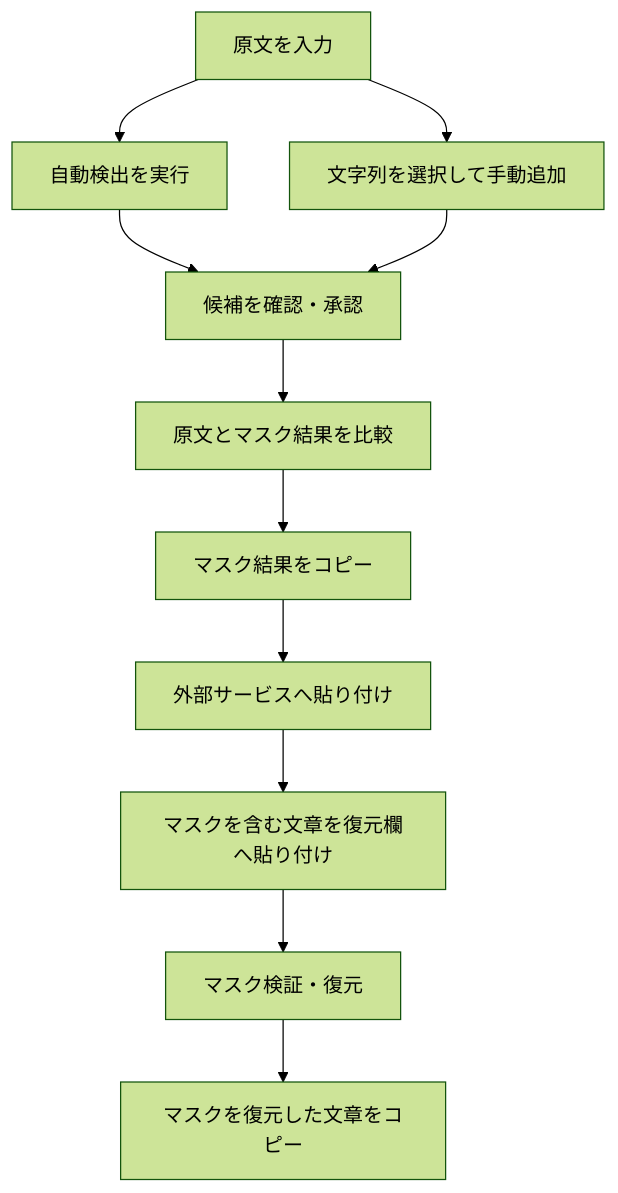
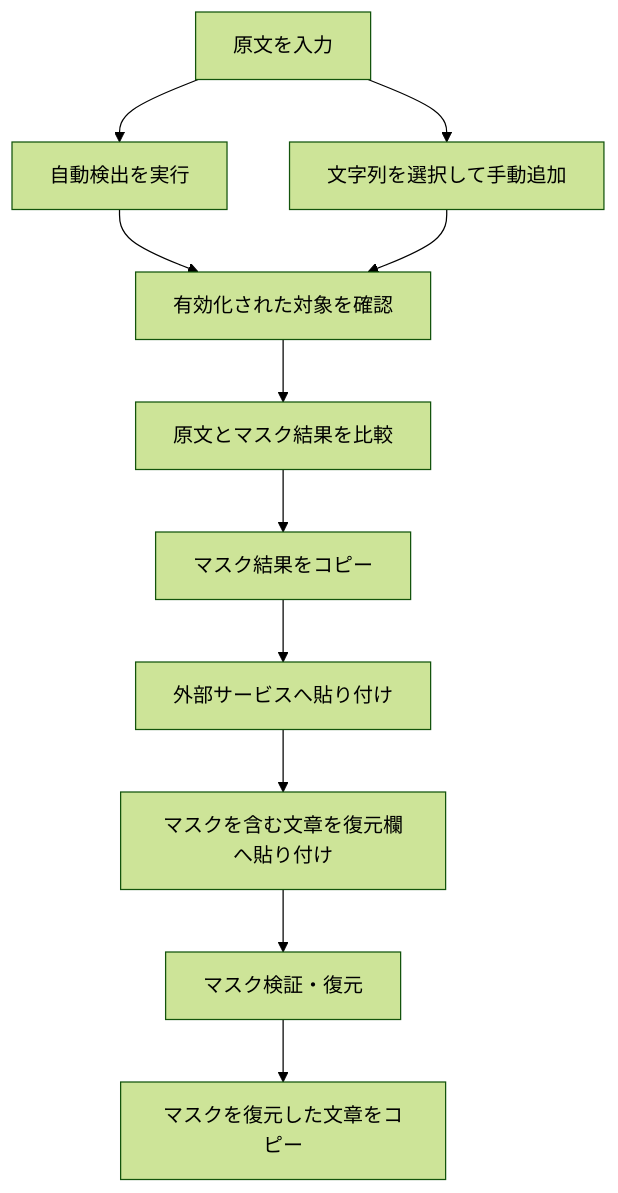
The first of 2 diagrams in docs/ui-design.md (Bamboosato/local-pii-masker), drawn with Mermaid (forest theme) before and after one commit. The commit also changed other lines of this file and 63 other files, not shown here.

````diff
--- a/docs/ui-design.md
+++ b/docs/ui-design.md
@@ -60,13 +60,13 @@
 ```mermaid
 flowchart TD
     A[原文を入力] --> B[自動検出を実行]
     A --> C[文字列を選択して手動追加]
-    B --> D[候補を確認・承認]
+    B --> D[有効化された対象を確認]
     C --> D
     D --> E[原文とマスク結果を比較]
     E --> F[マスク結果をコピー]
     F --> G[外部サービスへ貼り付け]
     G --> H[マスクを含む文章を復元欄へ貼り付け]
     H --> I[マスク検証・復元]
     I --> J[マスクを復元した文章をコピー]
 ```
````
